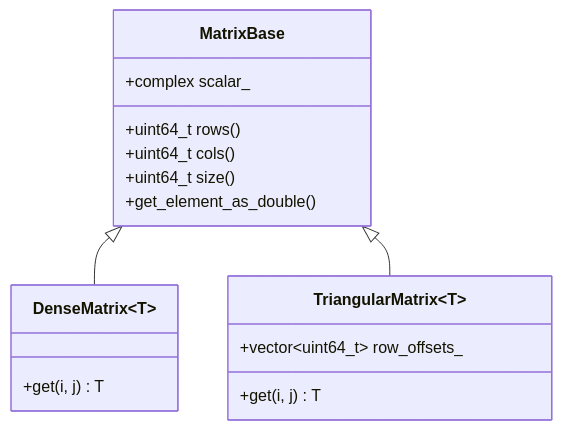
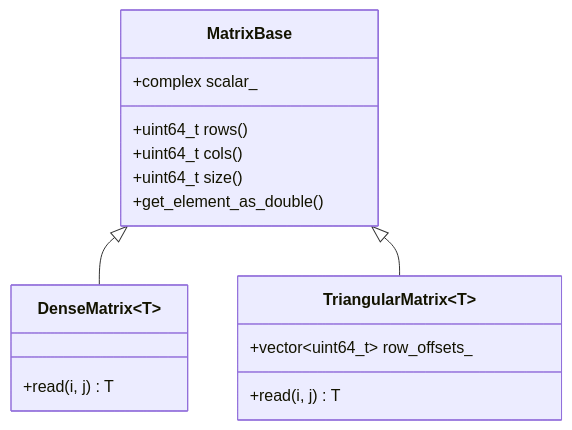
Before and after one commit to BrorH/pycauset: the diagram in documentation/guides/Matrix Guide.md, drawn with Mermaid. The commit also changed other lines of this file and 115 other files, not shown here.

````diff
--- a/documentation/guides/Matrix Guide.md
+++ b/documentation/guides/Matrix Guide.md
@@ -328,20 +328,20 @@
 ```mermaid
 classDiagram
     class MatrixBase {
         +uint64_t rows()
         +uint64_t cols()
         +uint64_t size()
         +complex scalar_
         +get_element_as_double()
     }
     class DenseMatrix~T~ {
-        +get(i, j) T
+        +read(i, j) T
     }
     class TriangularMatrix~T~ {
         +vector~uint64_t~ row_offsets_
-        +get(i, j) T
+        +read(i, j) T
     }
     
     MatrixBase <|-- DenseMatrix
     MatrixBase <|-- TriangularMatrix
 ```
````
